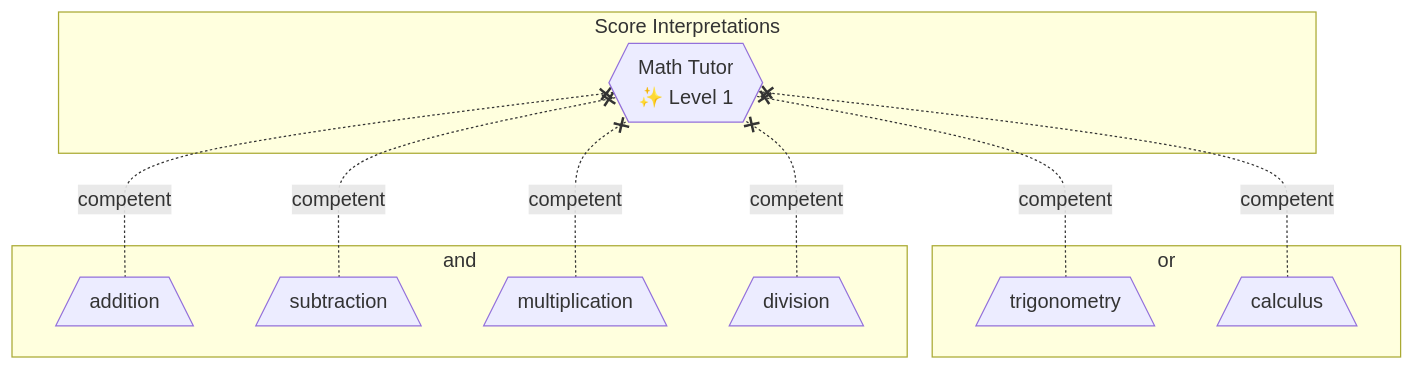
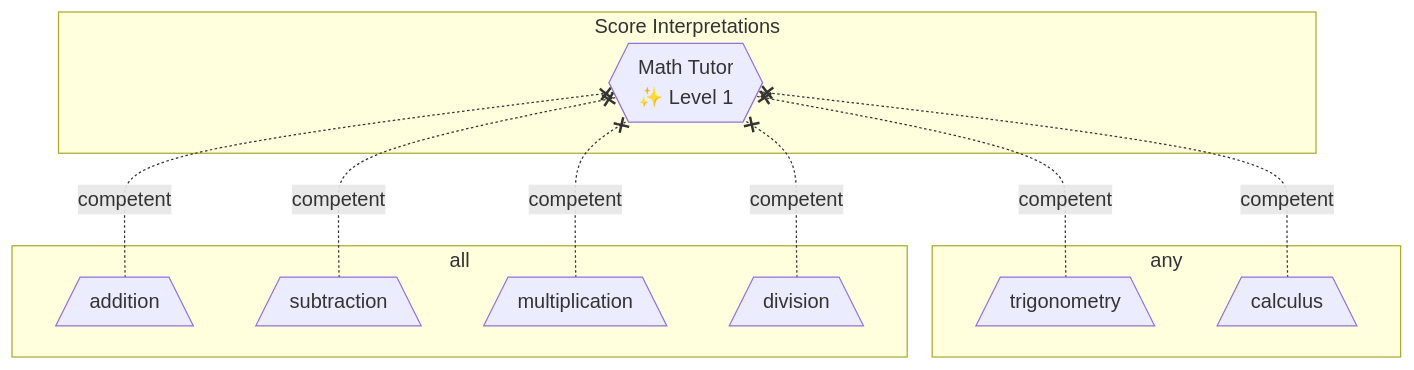
The sixth of 6 diagrams in specs/score-interpretation-list.md (openproficiency/model), drawn with Mermaid before and after one commit. The commit also changed other lines of this file and 3 other files, not shown here.

Commit message:
feat: rename `and` to `all` and `or` to `any`

````diff
--- a/specs/score-interpretation-list.md
+++ b/specs/score-interpretation-list.md
@@ -432,29 +432,29 @@
 ```mermaid
 flowchart BT
 
-subgraph "and"
+subgraph "all"
   addition[/addition\]
   subtraction[/subtraction\]
   multiplication[/multiplication\]
   division[/division\]
 end
 
-subgraph "or"
+subgraph "any"
   trigonometry[/trigonometry\]
   calculus[/calculus\]
 end
 
 subgraph Score Interpretations
   math-tutor{{"Math Tutor<br/>✨ Level 1"}}
 end
 
-%% AND: all arithmetic required
+%% All
 addition -.competent.-x math-tutor
 subtraction -.competent.-x math-tutor
 multiplication -.competent.-x math-tutor
 division -.competent.-x math-tutor
 
-%% OR: at least one advanced subject
+%% ANY
 trigonometry -.competent.-x math-tutor
 calculus -.competent.-x math-tutor
 ```
````
